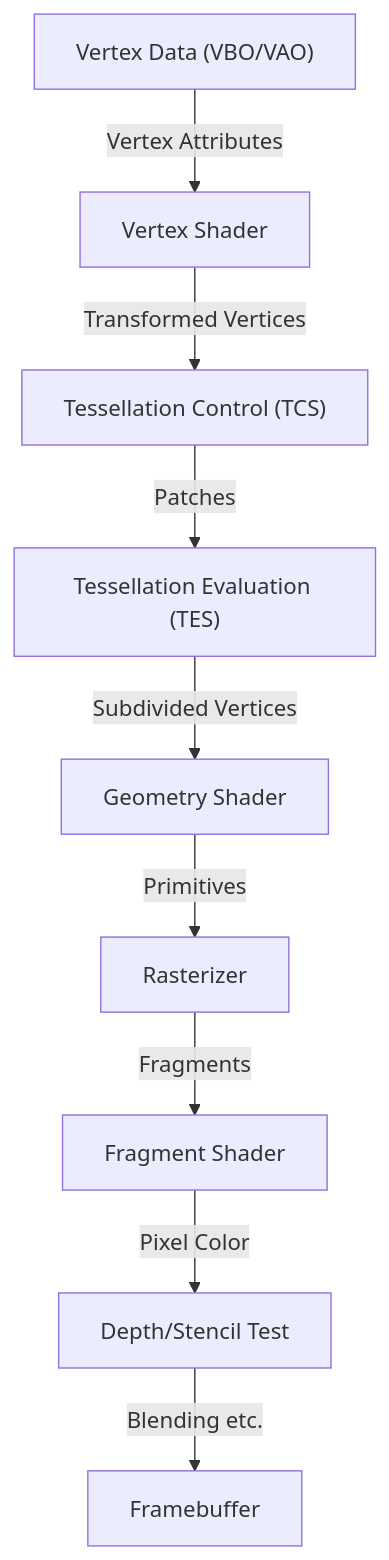
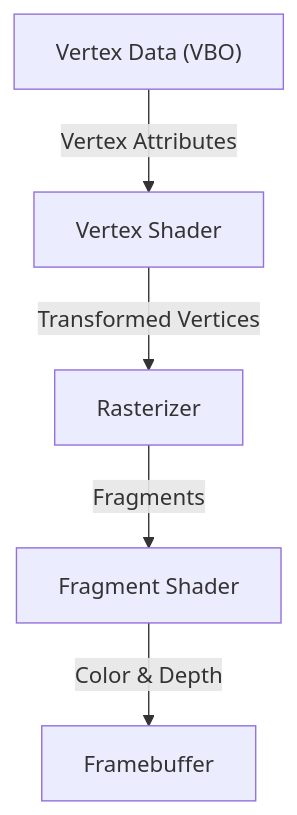
One commit to kenjinote/blog changed the second of 2 diagrams in content/post/opengl-basics-and-history/index.en.md. Above: the diagram before and after it, drawn with Mermaid. The commit also changed other lines of this file and 129 other files, not shown here.

````diff
--- a/content/post/opengl-basics-and-history/index.en.md
+++ b/content/post/opengl-basics-and-history/index.en.md
@@ -69,21 +48,7 @@
 ```mermaid
 graph TD
-    VBO["Vertex Data (VBO/VAO)"]
-    VS["Vertex Shader"]
-    TC["Tessellation Control (TCS)"]
-    TE["Tessellation Evaluation (TES)"]
-    GS["Geometry Shader"]
-    RS["Rasterizer"]
-    FS["Fragment Shader"]
-    TEST["Depth/Stencil Test"]
-    FB["Framebuffer"]
-
-    VBO -- "Vertex Attributes" --> VS
-    VS -- "Transformed Vertices" --> TC
-    TC -- "Patches" --> TE
-    TE -- "Subdivided Vertices" --> GS
-    GS -- "Primitives" --> RS
-    RS -- "Fragments" --> FS
-    FS -- "Pixel Color" --> TEST
-    TEST -- "Blending etc." --> FB
+    VBO["Vertex Data (VBO)"] -- "Vertex Attributes" --> VS["Vertex Shader"]
+    VS -- "Transformed Vertices" --> RS["Rasterizer"]
+    RS -- "Fragments" --> FS["Fragment Shader"]
+    FS -- "Color & Depth" --> FB["Framebuffer"]
 ```
````
